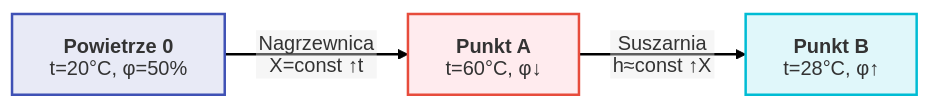
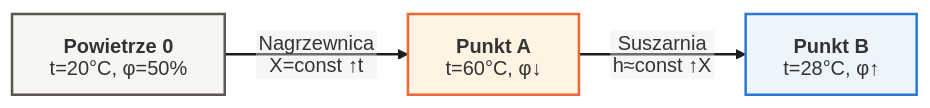
One commit to moondec/Termodynamika changed the first of 2 diagrams in Wyklady/12_Powietrze_Wilgotne.qmd. Above: the diagram before and after it, drawn with Mermaid. The commit also changed other lines of this file and 229 other files, not shown here.

````diff
--- a/Wyklady/12_Powietrze_Wilgotne.qmd
+++ b/Wyklady/12_Powietrze_Wilgotne.qmd
@@ -962,16 +903,16 @@
 ```{mermaid}
 %%| fig-align: center
 
 %%{init: {'theme': 'default', 'flowchart': {'htmlLabels': false, 'wrappingWidth': 400, 'subGraphTitleMargin': {'top': 6, 'bottom': 16}}, 'themeVariables': {'fontSize': '16px', 'fontFamily': 'Arial, Helvetica, sans-serif'}, 'htmlLabels': false}}%%
 flowchart LR
     P0["`**Powietrze 0**
 t=20°C, φ=50%`"] -->|"Nagrzewnica<br>X=const ↑t"| PA["`**Punkt A**
 t=60°C, φ↓`"]
     PA -->|"Suszarnia<br>h≈const ↑X"| PB["`**Punkt B**
 t=28°C, φ↑`"]
-    
-    style P0 fill:#e8eaf6,stroke:#3f51b5,stroke-width:2px
-    style PA fill:#ffebee,stroke:#e74c3c,stroke-width:2px
-    style PB fill:#e0f7fa,stroke:#00bcd4,stroke-width:2px
-    linkStyle default stroke-width:2px,fill:none,stroke:black
+
+    style P0 fill:#f7f6f3,stroke:#5a5753,stroke-width:2px
+    style PA fill:#fff4e3,stroke:#eb6834,stroke-width:2px
+    style PB fill:#eef4fb,stroke:#2a78d6,stroke-width:2px
+    linkStyle default stroke-width:2px,fill:none,stroke:#1d1d1b
 ```
````
